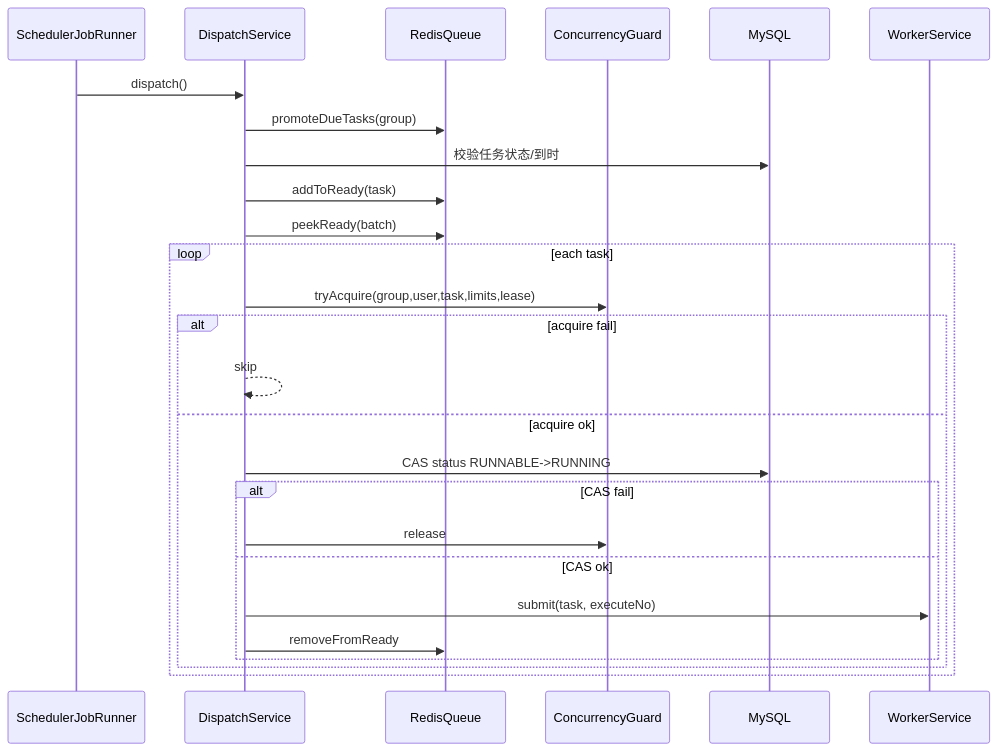
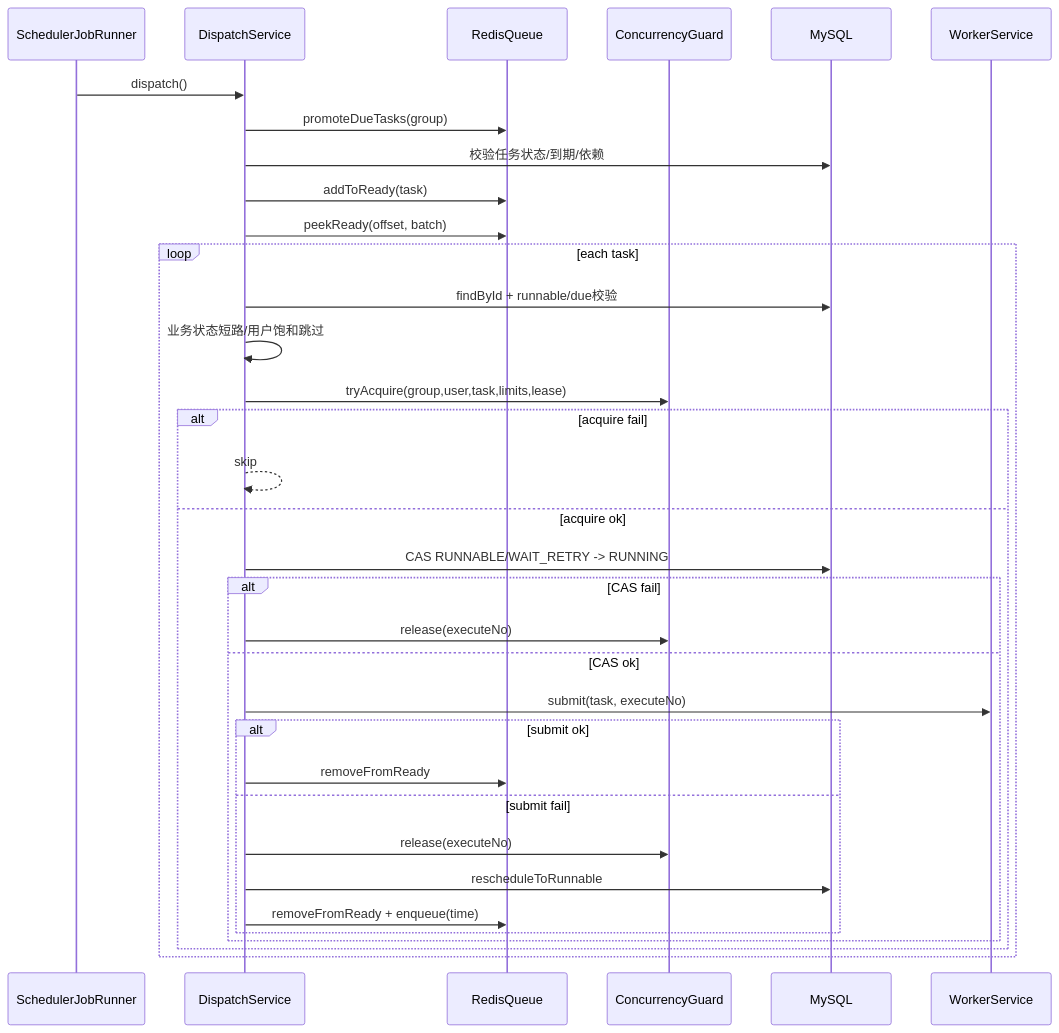
The third of 4 diagrams in docs/技术方案设计.md (shuaidongshuai/user-task-scheduler), drawn with Mermaid before and after one commit. The commit also changed other lines of this file and 11 other files, not shown here.

````diff
--- a/docs/技术方案设计.md
+++ b/docs/技术方案设计.md
@@ -163,30 +232,38 @@
 ```mermaid
 sequenceDiagram
     participant J as SchedulerJobRunner
     participant D as DispatchService
     participant R as RedisQueue
     participant G as ConcurrencyGuard
     participant DB as MySQL
     participant W as WorkerService
 
     J->>D: dispatch()
     D->>R: promoteDueTasks(group)
-    D->>DB: 校验任务状态/到时
+    D->>DB: 校验任务状态/到期/依赖
     D->>R: addToReady(task)
 
-    D->>R: peekReady(batch)
+    D->>R: peekReady(offset, batch)
     loop each task
+        D->>DB: findById + runnable/due校验
+        D->>D: 业务状态短路/用户饱和跳过
         D->>G: tryAcquire(group,user,task,limits,lease)
         alt acquire fail
             D-->>D: skip
         else acquire ok
-            D->>DB: CAS status RUNNABLE->RUNNING
+            D->>DB: CAS RUNNABLE/WAIT_RETRY -> RUNNING
             alt CAS fail
-                D->>G: release
+                D->>G: release(executeNo)
             else CAS ok
                 D->>W: submit(task, executeNo)
-                D->>R: removeFromReady
+                alt submit ok
+                    D->>R: removeFromReady
+                else submit fail
+                    D->>G: release(executeNo)
+                    D->>DB: rescheduleToRunnable
+                    D->>R: removeFromReady + enqueue(time)
+                end
             end
         end
     end
 ```
````
